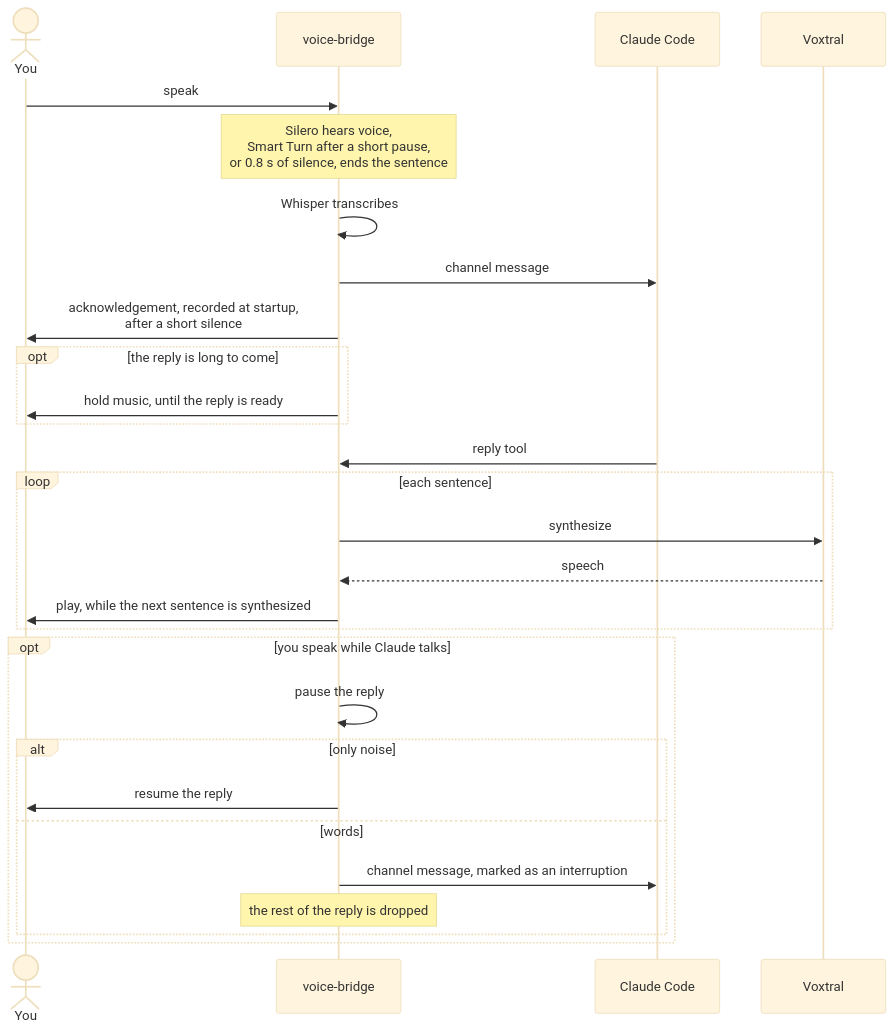
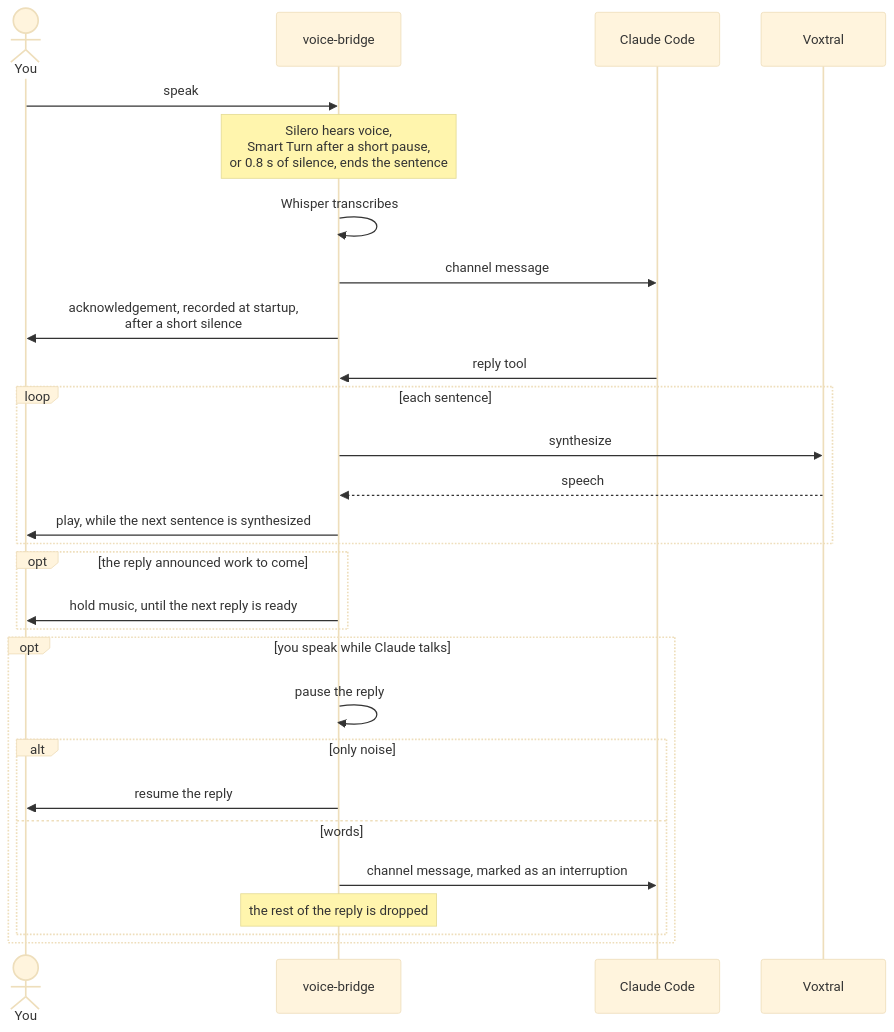
Before and after one commit to marc-gavanier/voice-bridge: the second of 3 diagrams in README.md, drawn with Mermaid (base theme). The commit also changed other lines of this file and 13 other files, not shown here.

First line of the commit message:
feat: play hold music while Claude works on what it announced

````diff
--- a/README.md
+++ b/README.md
@@ -38,31 +38,31 @@
 ```mermaid
 sequenceDiagram
     actor you as You
     participant bridge as voice-bridge
     participant claude as Claude Code
     participant voxtral as Voxtral
 
     you->>bridge: speak
     Note over bridge: Silero hears voice,<br/>Smart Turn after a short pause,<br/>or 0.8 s of silence, ends the sentence
     bridge->>bridge: Whisper transcribes
     bridge->>claude: channel message
     bridge->>you: acknowledgement, recorded at startup,<br/>after a short silence
-    opt the reply is long to come
-        bridge->>you: hold music, until the reply is ready
-    end
     claude->>bridge: reply tool
     loop each sentence
         bridge->>voxtral: synthesize
         voxtral-->>bridge: speech
         bridge->>you: play, while the next sentence is synthesized
+    end
+    opt the reply announced work to come
+        bridge->>you: hold music, until the next reply is ready
     end
     opt you speak while Claude talks
         bridge->>bridge: pause the reply
         alt only noise
             bridge->>you: resume the reply
         else words
             bridge->>claude: channel message, marked as an interruption
             Note over bridge: the rest of the reply is dropped
         end
     end
 ```
````
